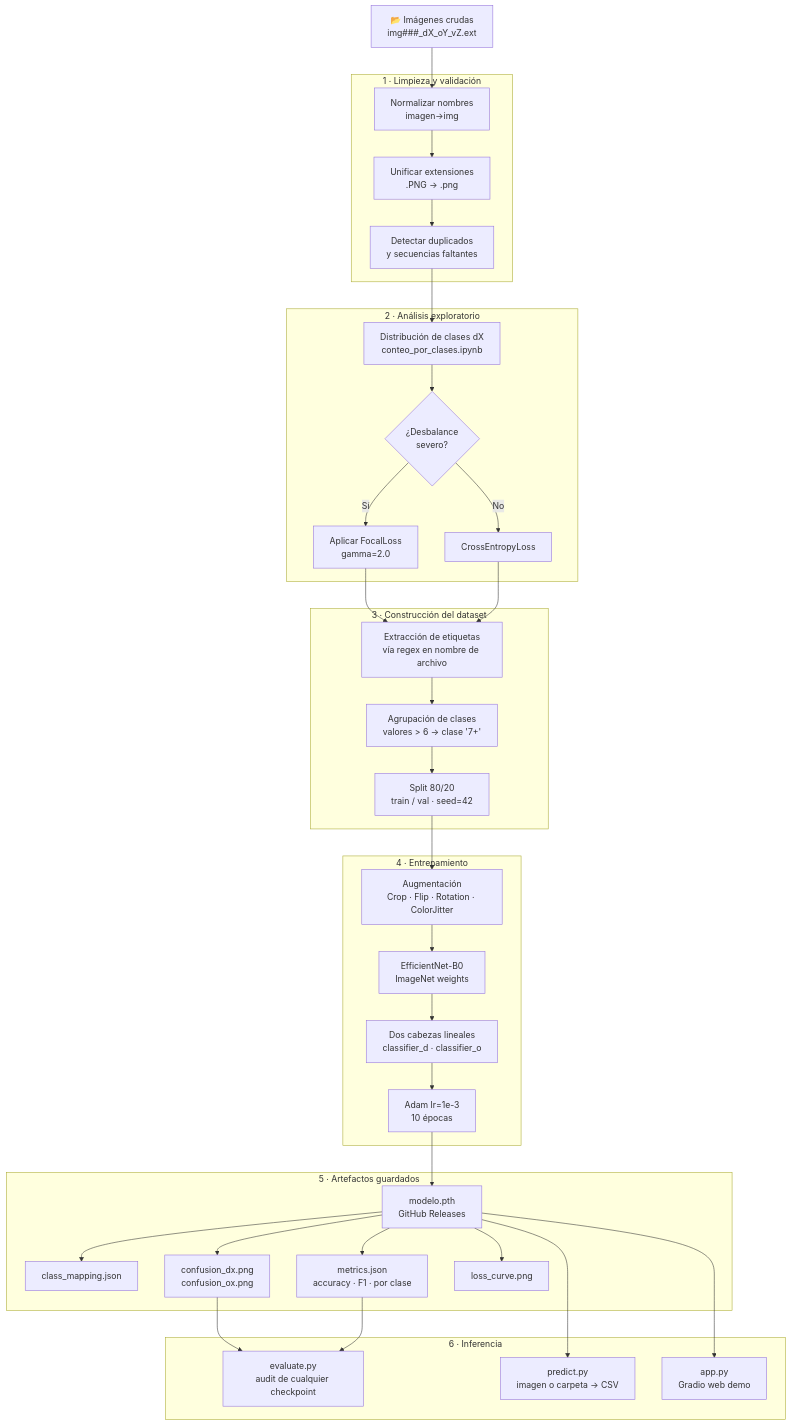
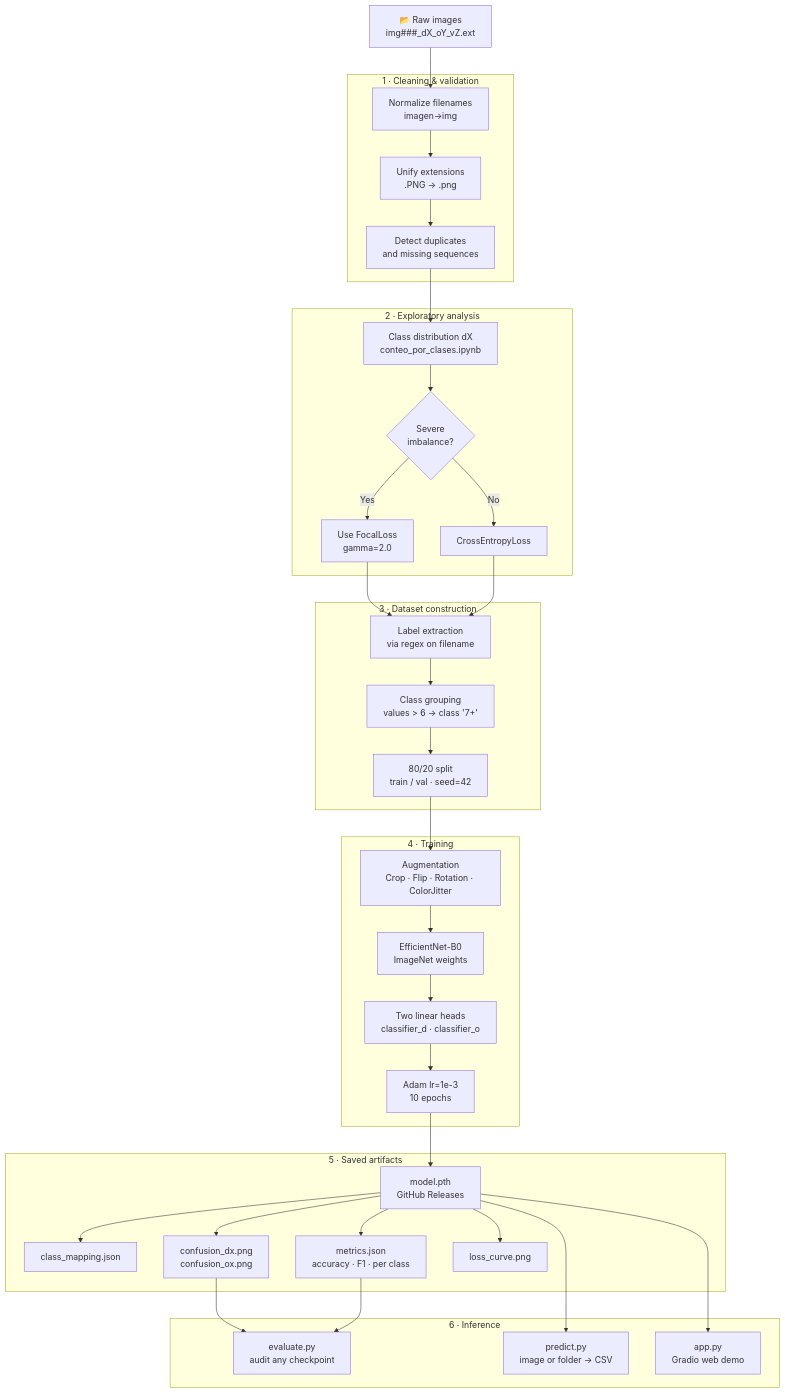
The diagram in README.md (soyDCAR/industrial-duct-classifier), drawn with Mermaid before and after one commit. The commit also changed other lines of this file and 2 other files, not shown here.

````diff
--- a/README.md
+++ b/README.md
@@ -43,54 +49,54 @@
 ```mermaid
 flowchart TD
-    A[📂 Imágenes crudas\nimg###_dX_oY_vZ.ext] --> B
+    A[📂 Raw images\nimg###_dX_oY_vZ.ext] --> B
 
-    subgraph LIMPIEZA["1 · Limpieza y validación"]
-        B[Normalizar nombres\n imagen→img] --> C
-        C[Unificar extensiones\n .PNG → .png] --> D
-        D[Detectar duplicados\ny secuencias faltantes]
+    subgraph CLEAN["1 · Cleaning & validation"]
+        B[Normalize filenames\n imagen→img] --> C
+        C[Unify extensions\n .PNG → .png] --> D
+        D[Detect duplicates\nand missing sequences]
     end
 
     D --> E
 
-    subgraph ANALISIS["2 · Análisis exploratorio"]
-        E[Distribución de clases dX\nconteo_por_clases.ipynb] --> F
-        F{¿Desbalance\nsevero?}
-        F -->|Sí| G[Aplicar FocalLoss\ngamma=2.0]
+    subgraph EDA["2 · Exploratory analysis"]
+        E[Class distribution dX\nconteo_por_clases.ipynb] --> F
+        F{Severe\nimbalance?}
+        F -->|Yes| G[Use FocalLoss\ngamma=2.0]
         F -->|No| H[CrossEntropyLoss]
     end
 
     G & H --> I
 
-    subgraph DATASET["3 · Construcción del dataset"]
-        I[Extracción de etiquetas\nvía regex en nombre de archivo] --> J
-        J[Agrupación de clases\nvalores > 6  →  clase '7+'] --> K
-        K[Split 80/20\ntrain / val · seed=42]
+    subgraph DATASET["3 · Dataset construction"]
+        I[Label extraction\nvia regex on filename] --> J
+        J[Class grouping\nvalues > 6  →  class '7+'] --> K
+        K[80/20 split\ntrain / val · seed=42]
     end
 
     K --> L
 
-    subgraph ENTRENAMIENTO["4 · Entrenamiento"]
-        L[Augmentación\nCrop · Flip · Rotation · ColorJitter] --> M
+    subgraph TRAIN["4 · Training"]
+        L[Augmentation\nCrop · Flip · Rotation · ColorJitter] --> M
         M[EfficientNet-B0\nImageNet weights] --> N
-        N[Dos cabezas lineales\nclassifier_d · classifier_o] --> O
-        O[Adam lr=1e-3\n10 épocas]
+        N[Two linear heads\nclassifier_d · classifier_o] --> O
+        O[Adam lr=1e-3\n10 epochs]
     end
 
     O --> P
 
-    subgraph ARTEFACTOS["5 · Artefactos guardados"]
-        P[modelo.pth\nGitHub Releases] 
+    subgraph ARTIFACTS["5 · Saved artifacts"]
+        P[model.pth\nGitHub Releases]
         P --> Q[class_mapping.json]
-        P --> R[metrics.json\naccuracy · F1 · por clase]
+        P --> R[metrics.json\naccuracy · F1 · per class]
         P --> S[confusion_dx.png\nconfusion_ox.png]
         P --> T[loss_curve.png]
     end
 
     S & R --> U
 
-    subgraph INFERENCIA["6 · Inferencia"]
-        U[evaluate.py\naudit de cualquier checkpoint] 
-        P --> V[predict.py\nimagen o carpeta → CSV]
+    subgraph INFERENCE["6 · Inference"]
+        U[evaluate.py\naudit any checkpoint]
+        P --> V[predict.py\nimage or folder → CSV]
         P --> W[app.py\nGradio web demo]
     end
 ```
````
